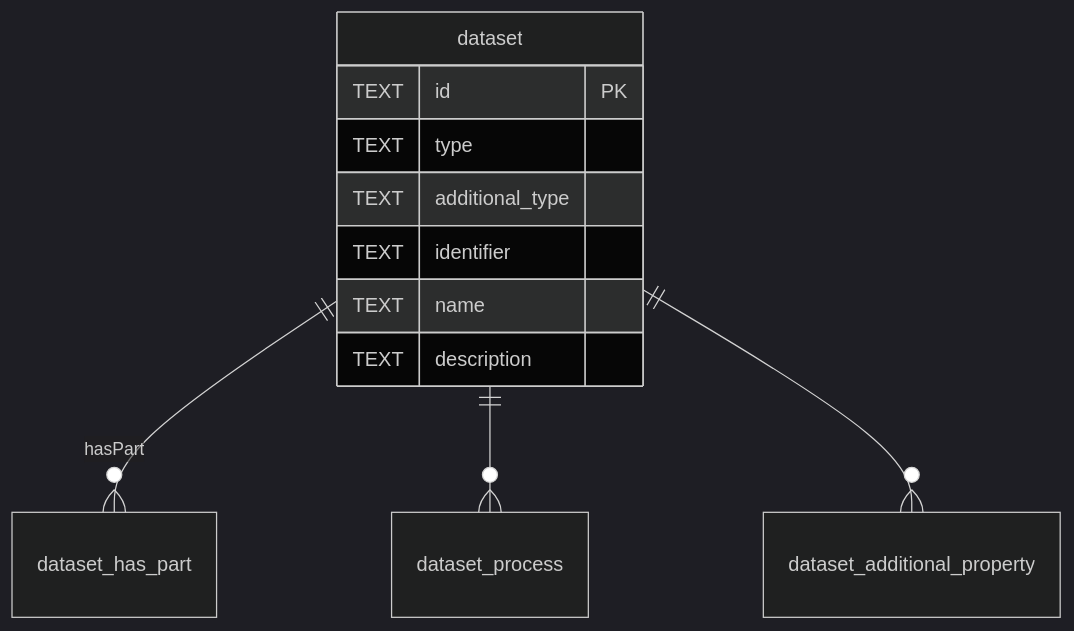
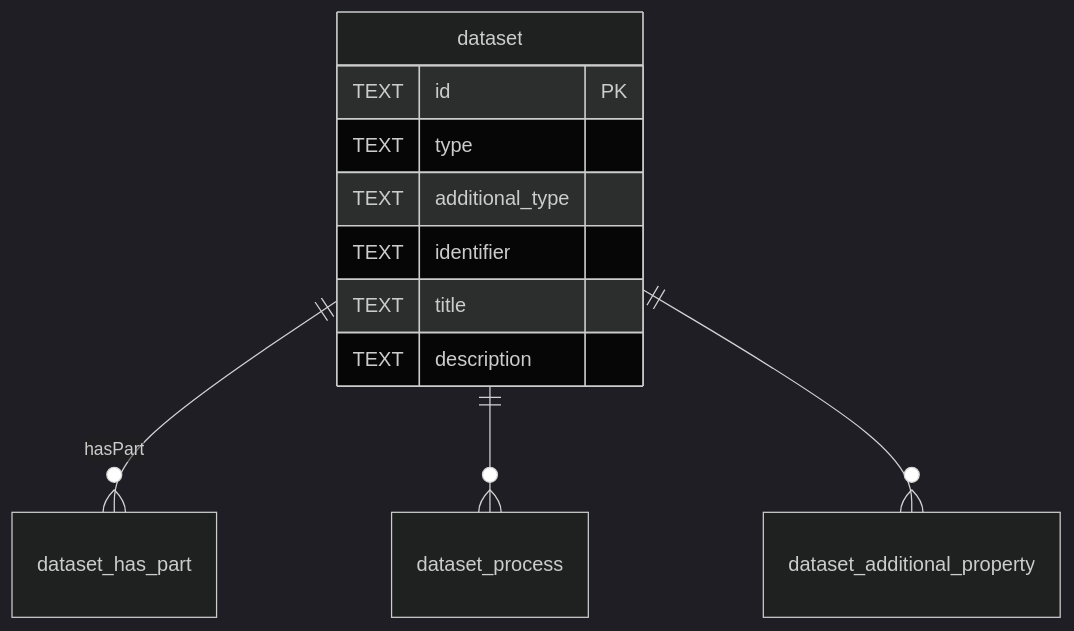
One commit to HLWeil/ProcessCore changed the fifth of 18 diagrams in schemas/sql/design.md. Above: the diagram before and after it, drawn with Mermaid (dark theme). The commit also changed other lines of this file and 134 other files, not shown here.

````diff
--- a/schemas/sql/design.md
+++ b/schemas/sql/design.md
@@ -174,14 +174,14 @@
 ```mermaid
 erDiagram
     dataset {
         TEXT id PK
         TEXT type
         TEXT additional_type
         TEXT identifier
-        TEXT name
+        TEXT title
         TEXT description
     }
     dataset ||--o{ dataset_has_part : "hasPart"
     dataset ||--o{ dataset_process : ""
     dataset ||--o{ dataset_additional_property : ""
 ```
````
